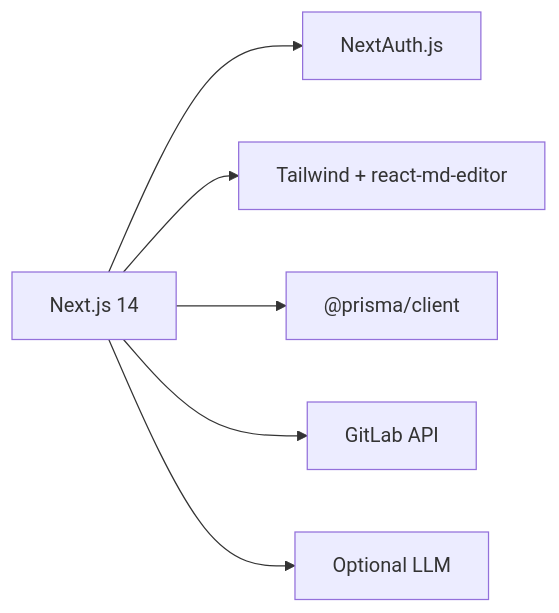
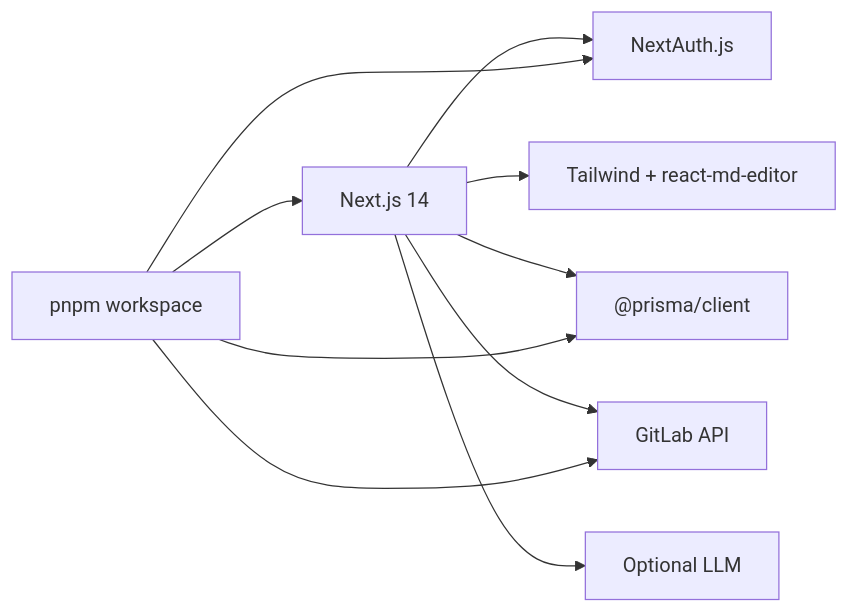
The sixth of 6 diagrams in .qoder/repowiki/en/content/Getting Started.md (jrj444/git-daily), drawn with Mermaid before and after one commit. The commit also changed other lines of this file and 8 other files, not shown here.

````diff
--- a/.qoder/repowiki/en/content/Getting Started.md
+++ b/.qoder/repowiki/en/content/Getting Started.md
@@ -332,8 +350,12 @@
 ```mermaid
 graph LR
 Next["Next.js 14"] --> Auth["NextAuth.js"]
 Next --> UI["Tailwind + react-md-editor"]
 Next --> Prisma["@prisma/client"]
 Next --> Git["GitLab API"]
 Next --> LLM["Optional LLM"]
+PNPM["pnpm workspace"] --> Next
+PNPM --> Prisma
+PNPM --> Auth
+PNPM --> Git
 ```
````
